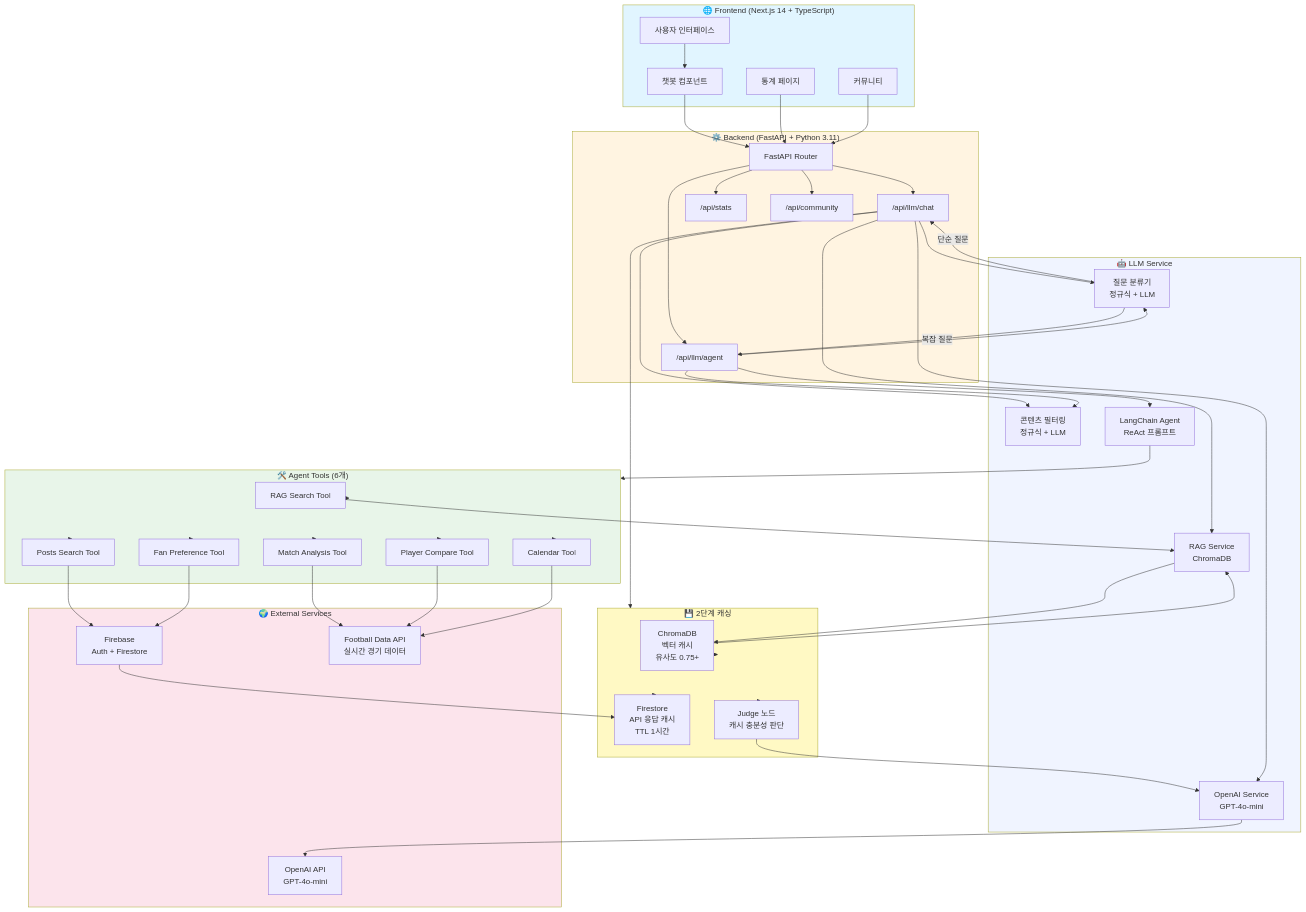
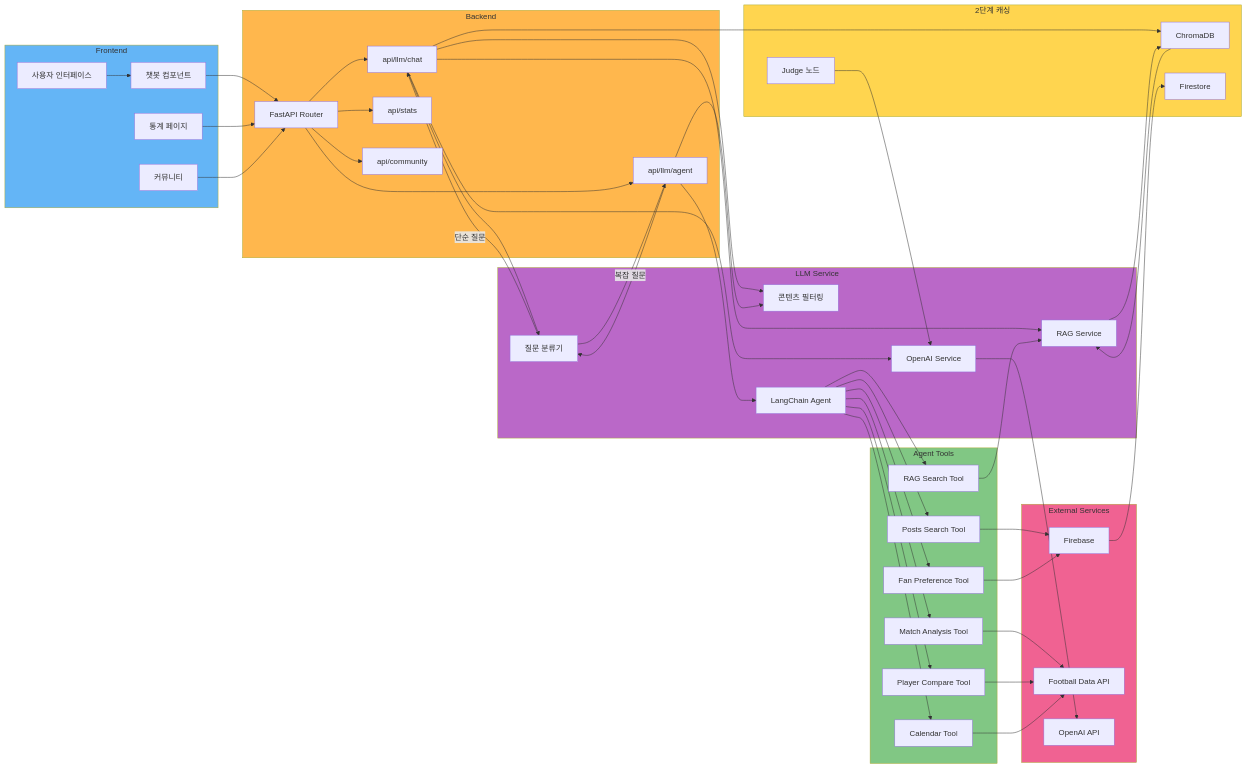
Before and after one commit to seolmiseon/fsf-llm-platform: the first of 6 diagrams in FSF_ARCHITECTURE_DIAGRAM.md, drawn with Mermaid. The commit also changed other lines of this file and 6 other files, not shown here.

````diff
--- a/FSF_ARCHITECTURE_DIAGRAM.md
+++ b/FSF_ARCHITECTURE_DIAGRAM.md
@@ -5,29 +33,29 @@
 ```mermaid
-graph TB
-    subgraph Frontend["🌐 Frontend (Next.js 14 + TypeScript)"]
+graph LR
+    subgraph Frontend[Frontend]
         UI[사용자 인터페이스]
         ChatBot[챗봇 컴포넌트]
         Stats[통계 페이지]
         Community[커뮤니티]
     end
 
-    subgraph Backend["⚙️ Backend (FastAPI + Python 3.11)"]
+    subgraph Backend[Backend]
         API[FastAPI Router]
-        ChatRouter["/api/llm/chat"]
-        AgentRouter["/api/llm/agent"]
-        StatsRouter["/api/stats"]
-        CommunityRouter["/api/community"]
+        ChatRouter[api/llm/chat]
+        AgentRouter[api/llm/agent]
+        StatsRouter[api/stats]
+        CommunityRouter[api/community]
     end
 
-    subgraph LLMService["🤖 LLM Service"]
-        QuestionClassifier[질문 분류기<br/>정규식 + LLM]
-        ContentSafety[콘텐츠 필터링<br/>정규식 + LLM]
-        RAGService[RAG Service<br/>ChromaDB]
-        OpenAIService[OpenAI Service<br/>GPT-4o-mini]
-        Agent[LangChain Agent<br/>ReAct 프롬프트]
+    subgraph LLMService[LLM Service]
+        QuestionClassifier[질문 분류기]
+        ContentSafety[콘텐츠 필터링]
+        RAGService[RAG Service]
+        OpenAIService[OpenAI Service]
+        Agent[LangChain Agent]
     end
 
-    subgraph Tools["🛠️ Agent Tools (6개)"]
+    subgraph ToolsGroup[Agent Tools]
         RAGTool[RAG Search Tool]
         MatchTool[Match Analysis Tool]
         PlayerTool[Player Compare Tool]
@@ -36,16 +64,16 @@
         CalendarTool[Calendar Tool]
     end
 
-    subgraph Cache["💾 2단계 캐싱"]
-        ChromaDBCache[ChromaDB<br/>벡터 캐시<br/>유사도 0.75+]
-        FirestoreCache[Firestore<br/>API 응답 캐시<br/>TTL 1시간]
-        CacheJudge[Judge 노드<br/>캐시 충분성 판단]
+    subgraph CacheGroup[2단계 캐싱]
+        ChromaDBCache[ChromaDB]
+        FirestoreCache[Firestore]
+        CacheJudge[Judge 노드]
     end
 
-    subgraph External["🌍 External Services"]
-        Firebase[Firebase<br/>Auth + Firestore]
-        FootballAPI[Football Data API<br/>실시간 경기 데이터]
-        OpenAI[OpenAI API<br/>GPT-4o-mini]
+    subgraph External[External Services]
+        Firebase[Firebase]
+        FootballAPI[Football Data API]
+        OpenAI[OpenAI API]
     end
 
     UI --> ChatBot
@@ -66,26 +94,20 @@
     QuestionClassifier -->|단순 질문| ChatRouter
     QuestionClassifier -->|복잡 질문| AgentRouter
 
-    ChatRouter --> Cache
+    ChatRouter --> ChromaDBCache
+    ChatRouter --> RAGService
+    ChatRouter --> OpenAIService
+
     AgentRouter --> Agent
-
-    Cache --> ChromaDBCache
-    Cache --> FirestoreCache
-    Cache --> CacheJudge
+    Agent --> RAGTool
+    Agent --> MatchTool
+    Agent --> PlayerTool
+    Agent --> PostsTool
+    Agent --> FanTool
+    Agent --> CalendarTool
 
     ChromaDBCache --> RAGService
     CacheJudge --> OpenAIService
-
-    ChatRouter --> RAGService
-    ChatRouter --> OpenAIService
-
-    Agent --> Tools
-    Tools --> RAGTool
-    Tools --> MatchTool
-    Tools --> PlayerTool
-    Tools --> PostsTool
-    Tools --> FanTool
-    Tools --> CalendarTool
 
     RAGTool --> RAGService
     MatchTool --> FootballAPI
@@ -98,10 +120,10 @@
     OpenAIService --> OpenAI
     Firebase --> FirestoreCache
 
-    style Frontend fill:#e1f5ff
-    style Backend fill:#fff4e1
-    style LLMService fill:#f0f4ff
-    style Tools fill:#e8f5e9
-    style Cache fill:#fff9c4
-    style External fill:#fce4ec
+    style Frontend fill:#64B5F6
+    style Backend fill:#FFB74D
+    style LLMService fill:#BA68C8
+    style ToolsGroup fill:#81C784
+    style CacheGroup fill:#FFD54F
+    style External fill:#F06292
 ```
````
